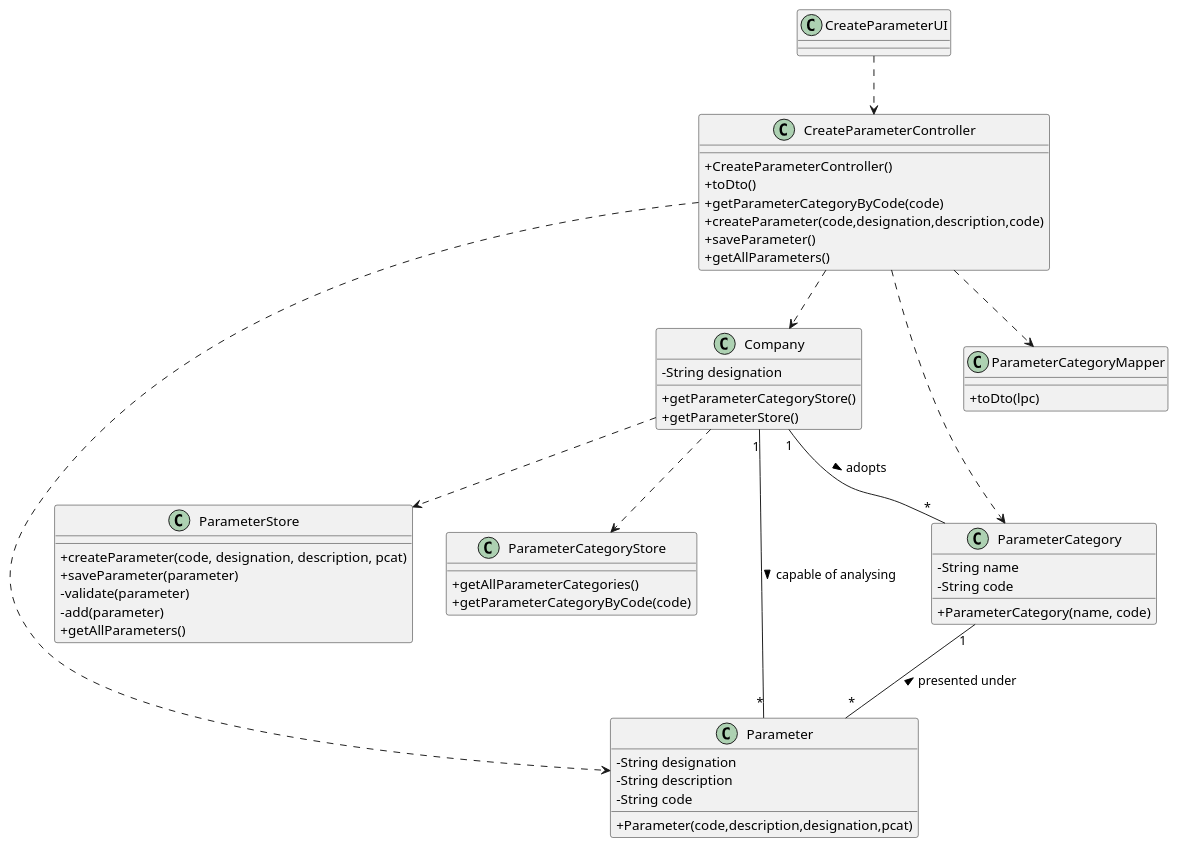
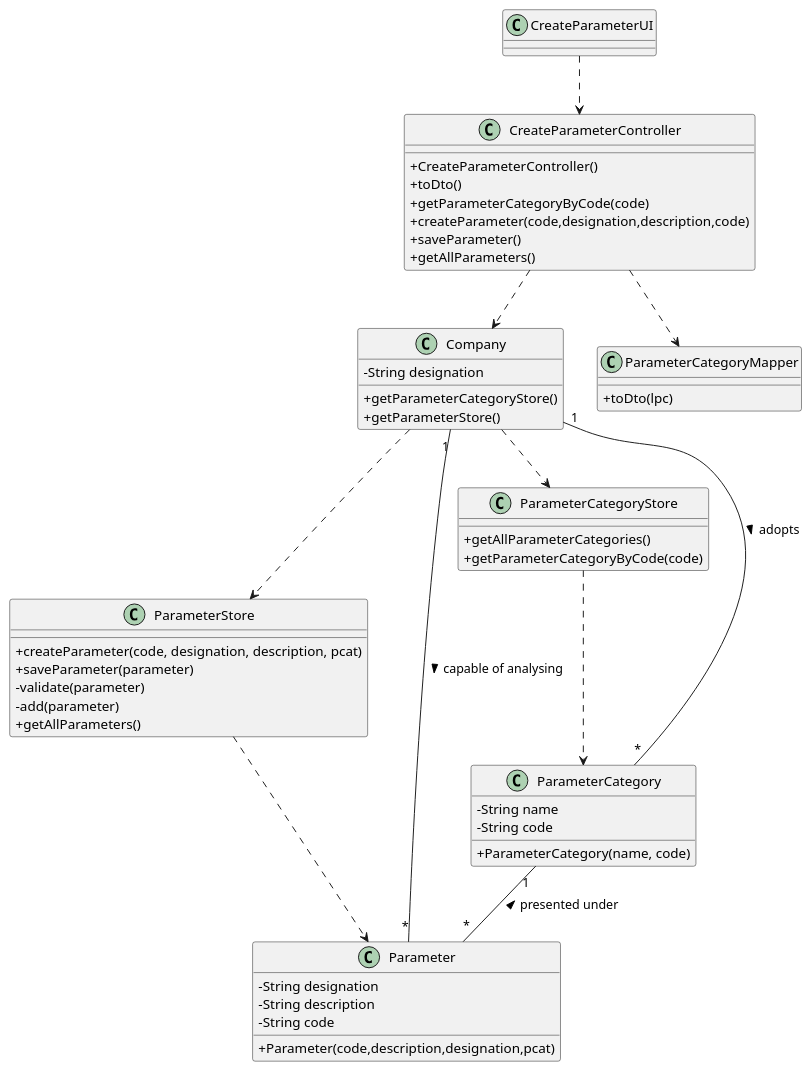
Before and after one commit to 0franciscor/lei-21-s2-1de-g19: the diagram in docs/SprintB/US10/US10-CD.puml, drawn with PlantUML. The commit also changed 1 other file, not shown here.

```diff
--- a/docs/SprintB/US10/US10-CD.puml
+++ b/docs/SprintB/US10/US10-CD.puml
@@ -1,71 +1,71 @@
 @startuml
 skinparam classAttributeIconSize 0
 
 
 class ParameterStore{
   +createParameter(code, designation, description, pcat)
   +saveParameter(parameter)
   -validate(parameter)
   -add(parameter)
   +getAllParameters()
 }
 
 class ParameterCategoryStore{
   +getAllParameterCategories()
   +getParameterCategoryByCode(code)
 }
 
 
 class Parameter {
   - String designation
   - String description
   - String code
   +Parameter(code,description,designation,pcat)
 }
 
 class Company {
   -String designation
   +getParameterCategoryStore()
   +getParameterStore()
 }
 
 class ParameterCategory {
   -String name
   -String code
   +ParameterCategory(name, code)
 }
 
 
 
 class ParameterCategoryMapper{
   +toDto(lpc)
 }
 
 
 class CreateParameterController {
   +CreateParameterController()
   +toDto()
   +getParameterCategoryByCode(code)
   +createParameter(code,designation,description,code)
   +saveParameter()
   +getAllParameters()
 }
 
 class CreateParameterUI {
 }
 
 CreateParameterUI ..> CreateParameterController
-CreateParameterController ..> ParameterCategory
 CreateParameterController ..> ParameterCategoryMapper
-CreateParameterController ..> Parameter
 CreateParameterController ..> Company
 Company ..> ParameterStore
 Company ..> ParameterCategoryStore
+ParameterStore ..> Parameter
+ParameterCategoryStore ..> ParameterCategory
 
 Company "1" -- "*" Parameter : > capable of analysing
 Company "1" -- "*" ParameterCategory : > adopts
 ParameterCategory "1" -- "*" Parameter : < presented under
 
 
 
 @enduml
```
